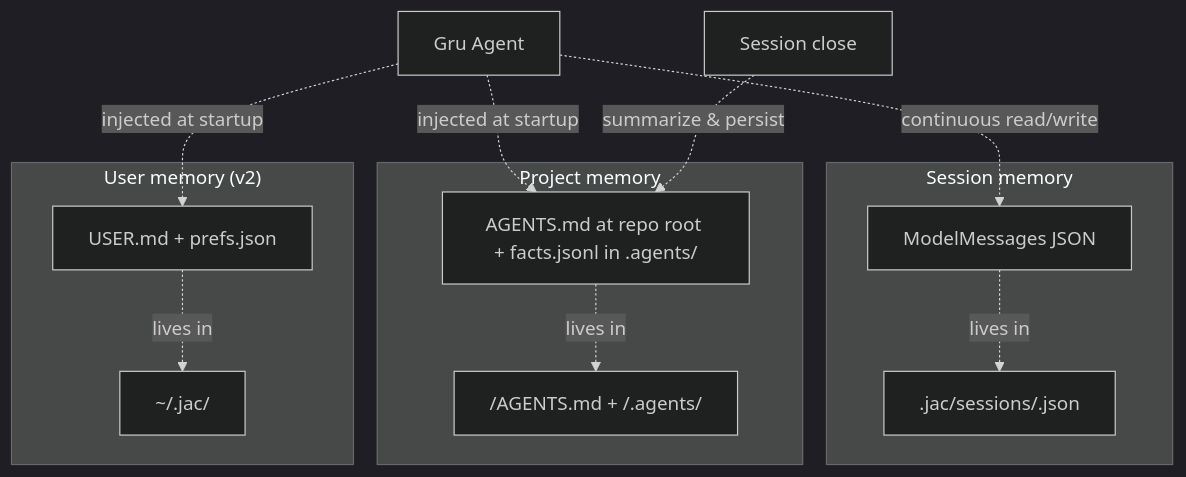
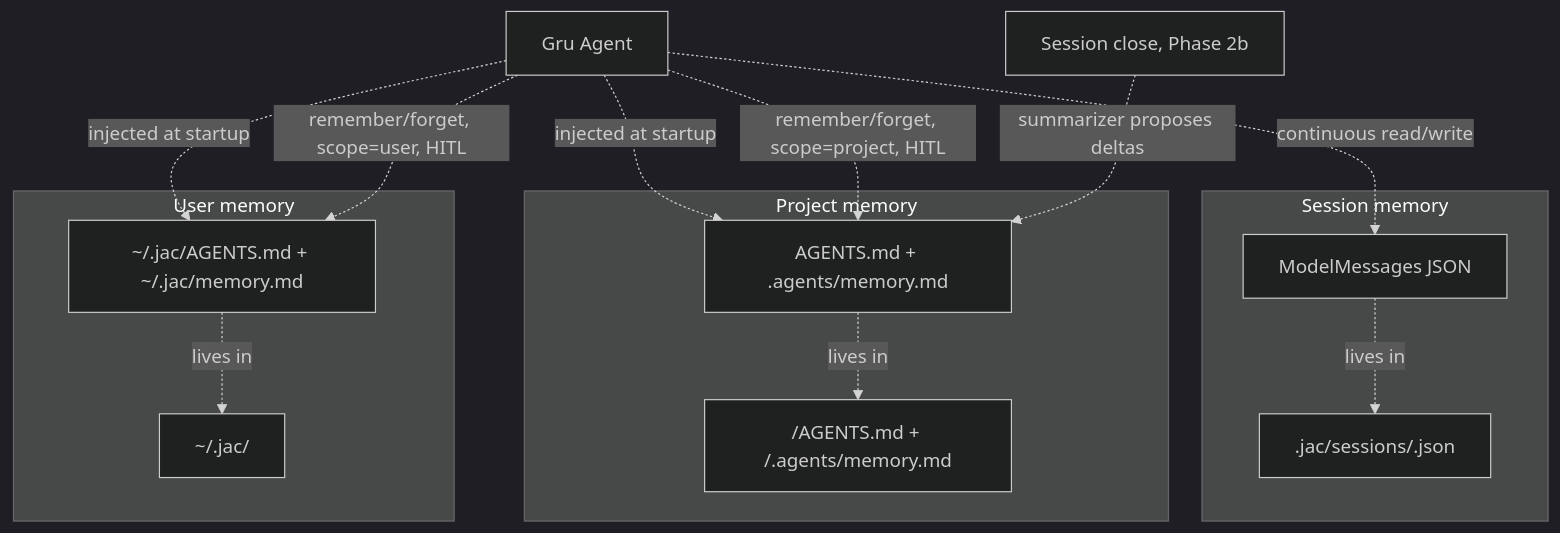
The seventh of 8 diagrams in ARCHITECTURE.md (VENKATESHWARAN-R/JAC), drawn with Mermaid (dark theme) before and after one commit. The commit also changed other lines of this file and 13 other files, not shown here.

````diff
--- a/ARCHITECTURE.md
+++ b/ARCHITECTURE.md
@@ -385,17 +385,19 @@
 ```mermaid
 flowchart TB
     subgraph "Session memory"
         S[ModelMessages JSON] -.lives in.-> SD[.jac/sessions/<id>.json]
     end
     subgraph "Project memory"
-        P[AGENTS.md at repo root + facts.jsonl in .agents/] -.lives in.-> PD[<repo>/AGENTS.md + <repo>/.agents/]
+        P[AGENTS.md + .agents/memory.md] -.lives in.-> PD[<repo>/AGENTS.md + <repo>/.agents/memory.md]
     end
-    subgraph "User memory (v2)"
-        U[USER.md + prefs.json] -.lives in.-> UD[~/.jac/]
+    subgraph "User memory"
+        U[~/.jac/AGENTS.md + ~/.jac/memory.md] -.lives in.-> UD[~/.jac/]
     end
 
     Gru[Gru Agent] -.injected at startup.-> P
     Gru -.injected at startup.-> U
     Gru -.continuous read/write.-> S
-    Closer[Session close] -.summarize & persist.-> P
+    Gru -.remember/forget, scope=project, HITL.-> P
+    Gru -.remember/forget, scope=user, HITL.-> U
+    Closer[Session close, Phase 2b] -.summarizer proposes deltas.-> P
 ```
````
